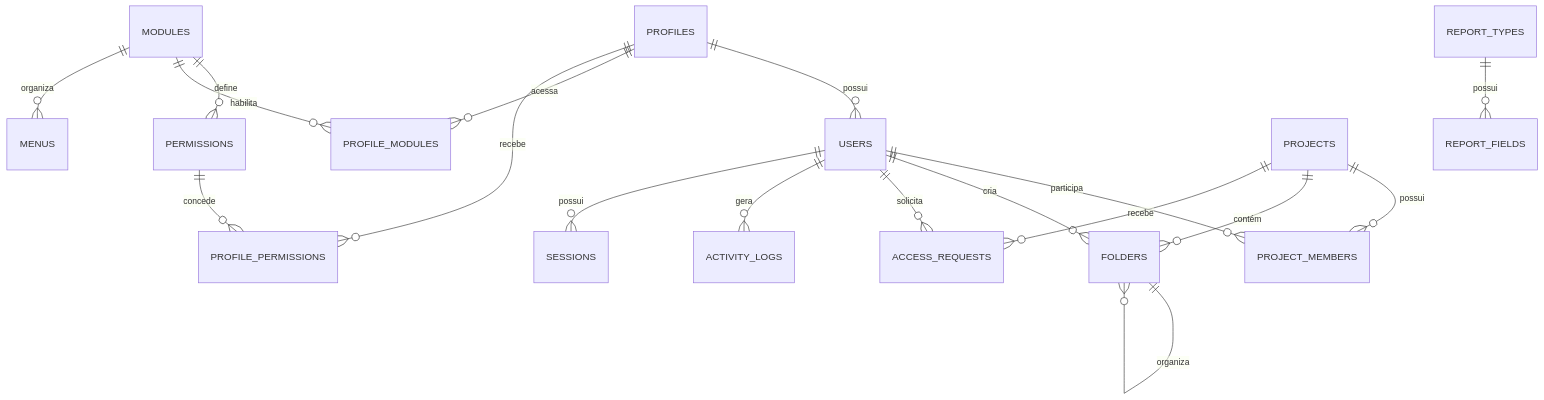
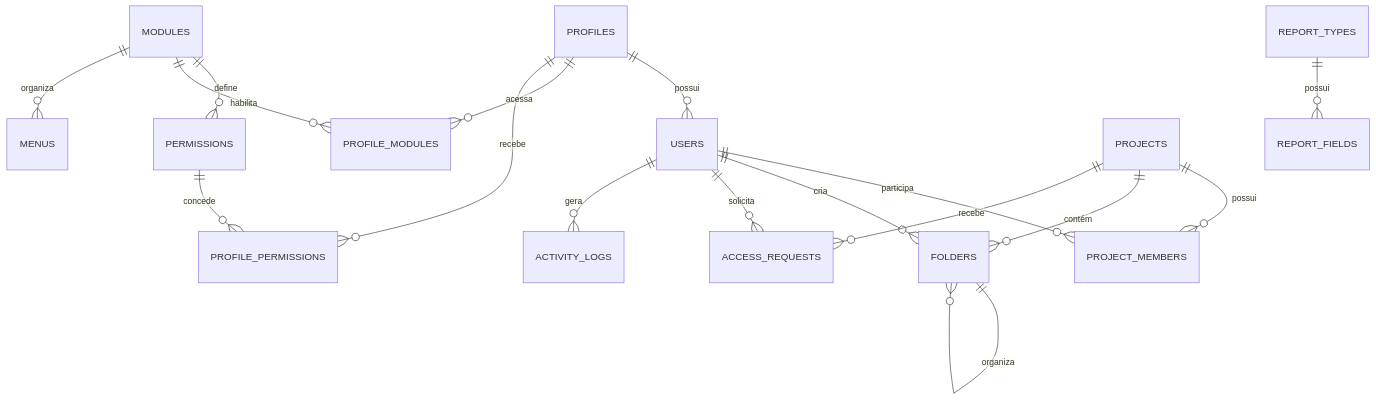
The first of 2 diagrams in README.md (tecnologiawebnetsystem/armazenamento_cientifico), drawn with Mermaid before and after one commit. The commit also changed other lines of this file and 14 other files, not shown here.

Commit message:
Harden containers and align database schemas

````diff
--- a/README.md
+++ b/README.md
@@ -328,20 +328,19 @@
 ```mermaid
 erDiagram
   PROFILES ||--o{ USERS : possui
   MODULES ||--o{ PERMISSIONS : define
   PROFILES ||--o{ PROFILE_MODULES : acessa
   MODULES ||--o{ PROFILE_MODULES : habilita
   PROFILES ||--o{ PROFILE_PERMISSIONS : recebe
   PERMISSIONS ||--o{ PROFILE_PERMISSIONS : concede
   REPORT_TYPES ||--o{ REPORT_FIELDS : possui
   MODULES ||--o{ MENUS : organiza
   PROJECTS ||--o{ PROJECT_MEMBERS : possui
   USERS ||--o{ PROJECT_MEMBERS : participa
   PROJECTS ||--o{ FOLDERS : contém
   FOLDERS ||--o{ FOLDERS : organiza
   USERS ||--o{ FOLDERS : cria
   PROJECTS ||--o{ ACCESS_REQUESTS : recebe
   USERS ||--o{ ACCESS_REQUESTS : solicita
   USERS ||--o{ ACTIVITY_LOGS : gera
-  USERS ||--o{ SESSIONS : possui
 ```
````
